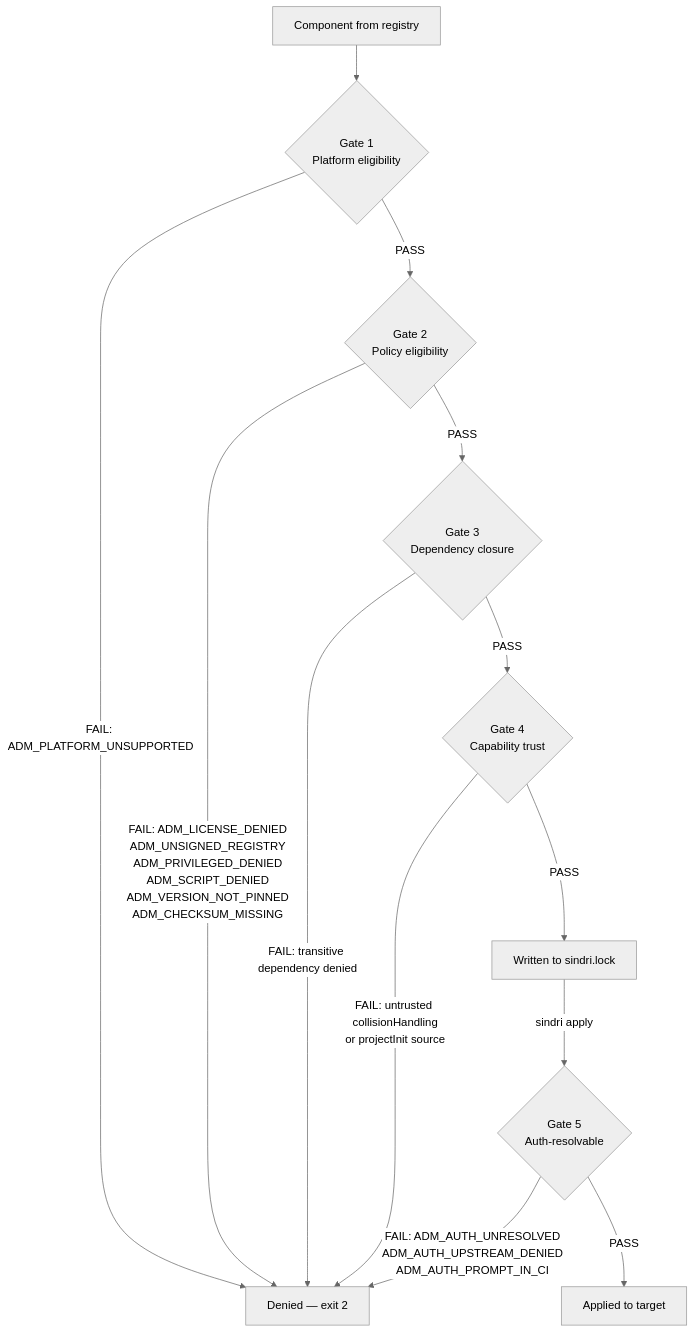
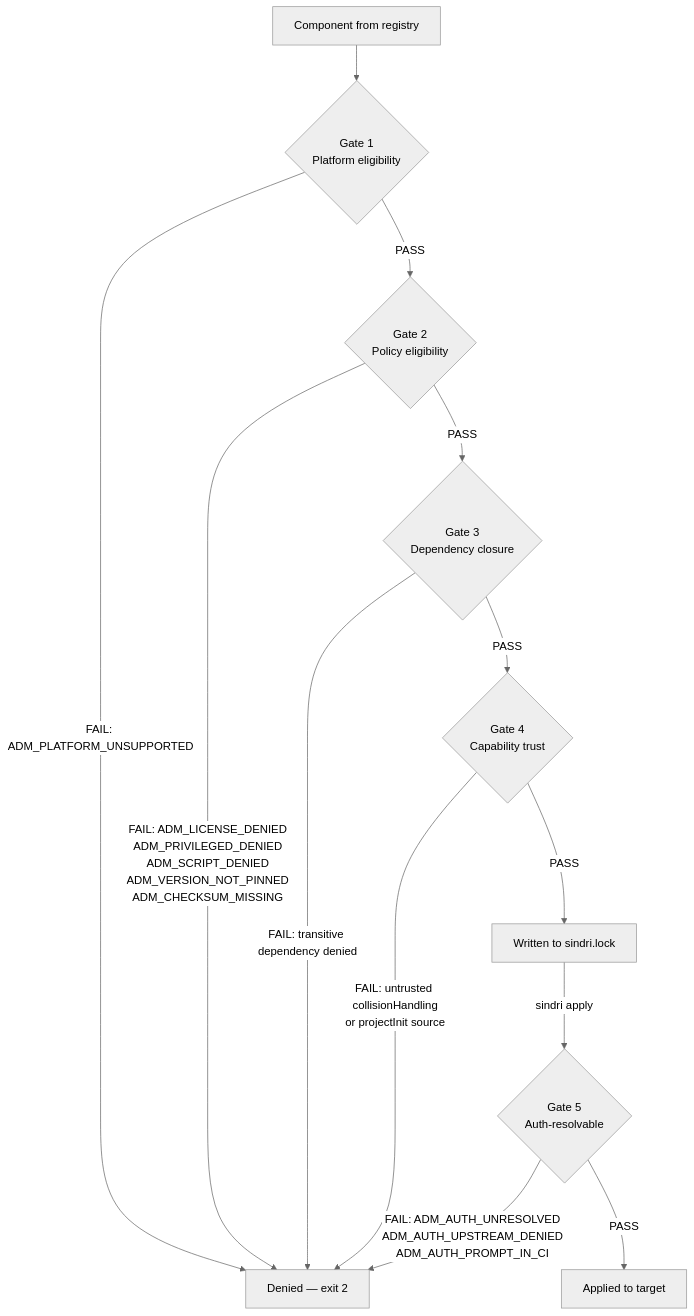
The diagram in v4/docs/POLICY.md (pacphi/sindri), drawn with Mermaid (neutral theme) before and after one commit. The commit also changed other lines of this file and 14 other files, not shown here.

````diff
--- a/v4/docs/POLICY.md
+++ b/v4/docs/POLICY.md
@@ -100,15 +100,15 @@
 ```mermaid
 flowchart TD
     A[Component from registry] --> G1{Gate 1\nPlatform eligibility}
     G1 -->|FAIL: ADM_PLATFORM_UNSUPPORTED| DENY[Denied — exit 2]
     G1 -->|PASS| G2{Gate 2\nPolicy eligibility}
-    G2 -->|FAIL: ADM_LICENSE_DENIED\nADM_UNSIGNED_REGISTRY\nADM_PRIVILEGED_DENIED\nADM_SCRIPT_DENIED\nADM_VERSION_NOT_PINNED\nADM_CHECKSUM_MISSING| DENY
+    G2 -->|FAIL: ADM_LICENSE_DENIED\nADM_PRIVILEGED_DENIED\nADM_SCRIPT_DENIED\nADM_VERSION_NOT_PINNED\nADM_CHECKSUM_MISSING| DENY
     G2 -->|PASS| G3{Gate 3\nDependency closure}
     G3 -->|FAIL: transitive dependency denied| DENY
     G3 -->|PASS| G4{Gate 4\nCapability trust}
     G4 -->|FAIL: untrusted collisionHandling\nor projectInit source| DENY
     G4 -->|PASS| LOCK[Written to sindri.lock]
     LOCK -->|sindri apply| G5{Gate 5\nAuth-resolvable}
     G5 -->|FAIL: ADM_AUTH_UNRESOLVED\nADM_AUTH_UPSTREAM_DENIED\nADM_AUTH_PROMPT_IN_CI| DENY
     G5 -->|PASS| ADMIT[Applied to target]
 ```
````
